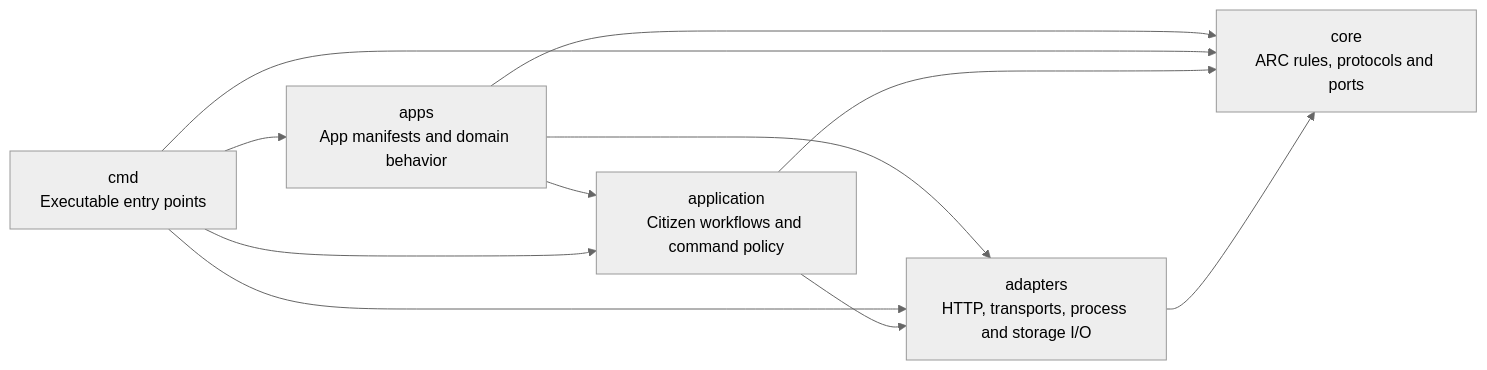
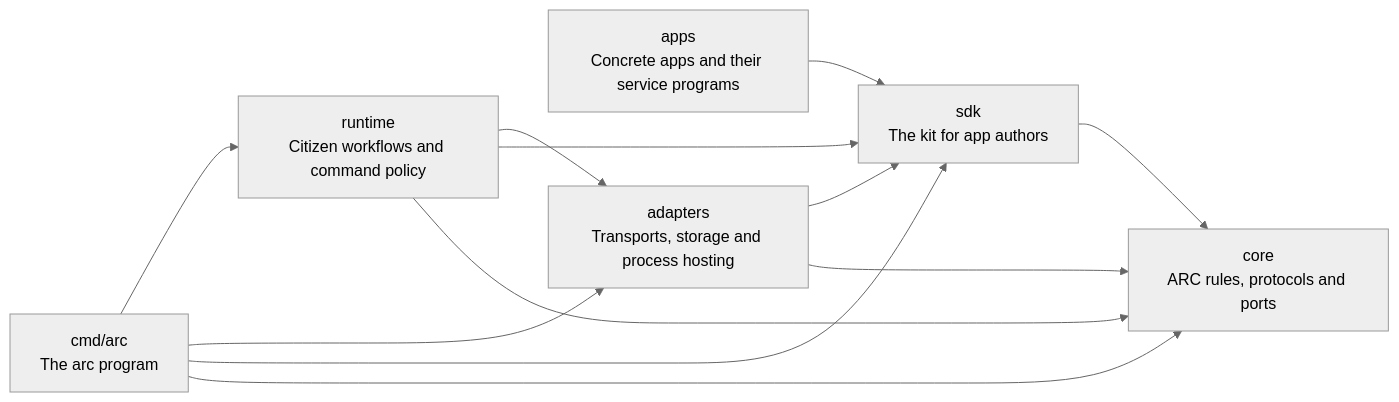
Before and after one commit to gezibash/arc: the diagram in docs/ARCHITECTURE.md, drawn with Mermaid (neutral theme). The commit also changed other lines of this file and 121 other files, not shown here.

First line of the commit message:
refactor!: add sdk/ and make each app self-contained

````diff
--- a/docs/ARCHITECTURE.md
+++ b/docs/ARCHITECTURE.md
@@ -7,18 +7,20 @@
 ```mermaid
 flowchart LR
-    ENTRY["cmd<br/>Executable entry points"]
-    APPS["apps<br/>App manifests and domain behavior"]
-    APP["application<br/>Citizen workflows and command policy"]
-    ADAPTER["adapters<br/>HTTP, transports, process and storage I/O"]
+    ARC["cmd/arc<br/>The arc program"]
+    APPS["apps<br/>Concrete apps and their service programs"]
+    RUNTIME["runtime<br/>Citizen workflows and command policy"]
+    ADAPTER["adapters<br/>Transports, storage and process hosting"]
+    SDK["sdk<br/>The kit for app authors"]
     CORE["core<br/>ARC rules, protocols and ports"]
-    ENTRY --> APPS
-    APPS --> APP
-    APPS --> ADAPTER
-    APPS --> CORE
-    ENTRY --> APP
-    ENTRY --> ADAPTER
-    ENTRY --> CORE
-    APP --> ADAPTER
-    APP --> CORE
+    ARC --> RUNTIME
+    ARC --> ADAPTER
+    ARC --> SDK
+    ARC --> CORE
+    APPS --> SDK
+    RUNTIME --> ADAPTER
+    RUNTIME --> SDK
+    RUNTIME --> CORE
+    ADAPTER --> SDK
     ADAPTER --> CORE
+    SDK --> CORE
 ```
````
